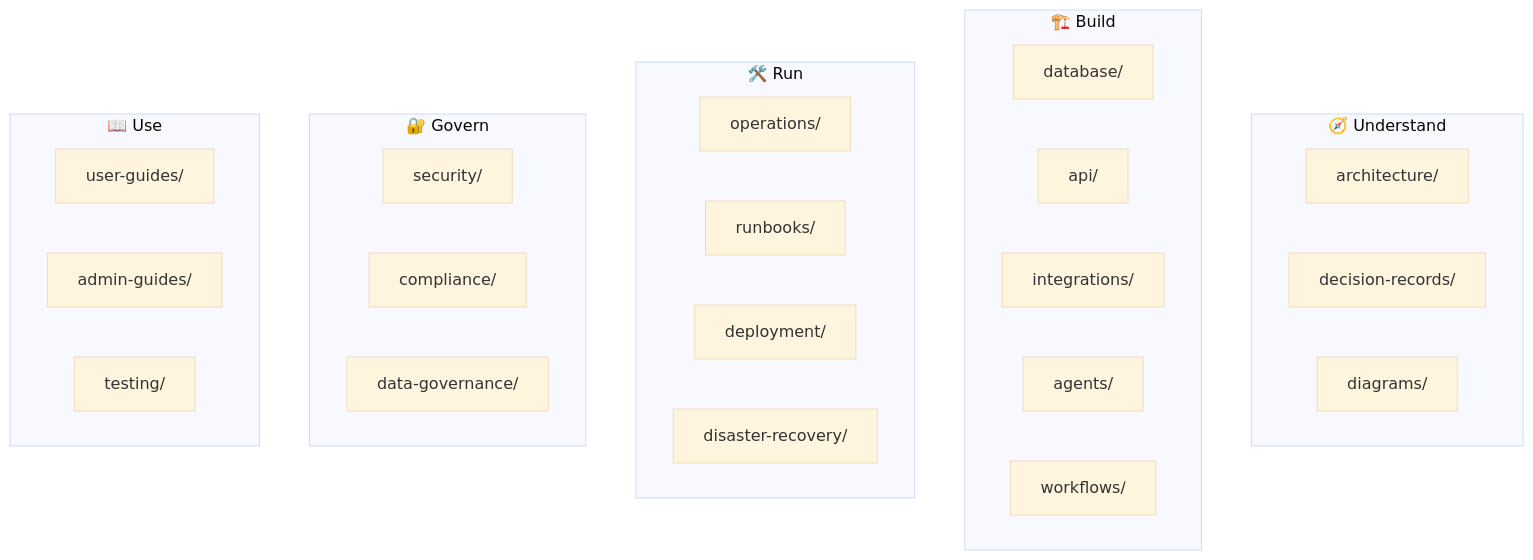
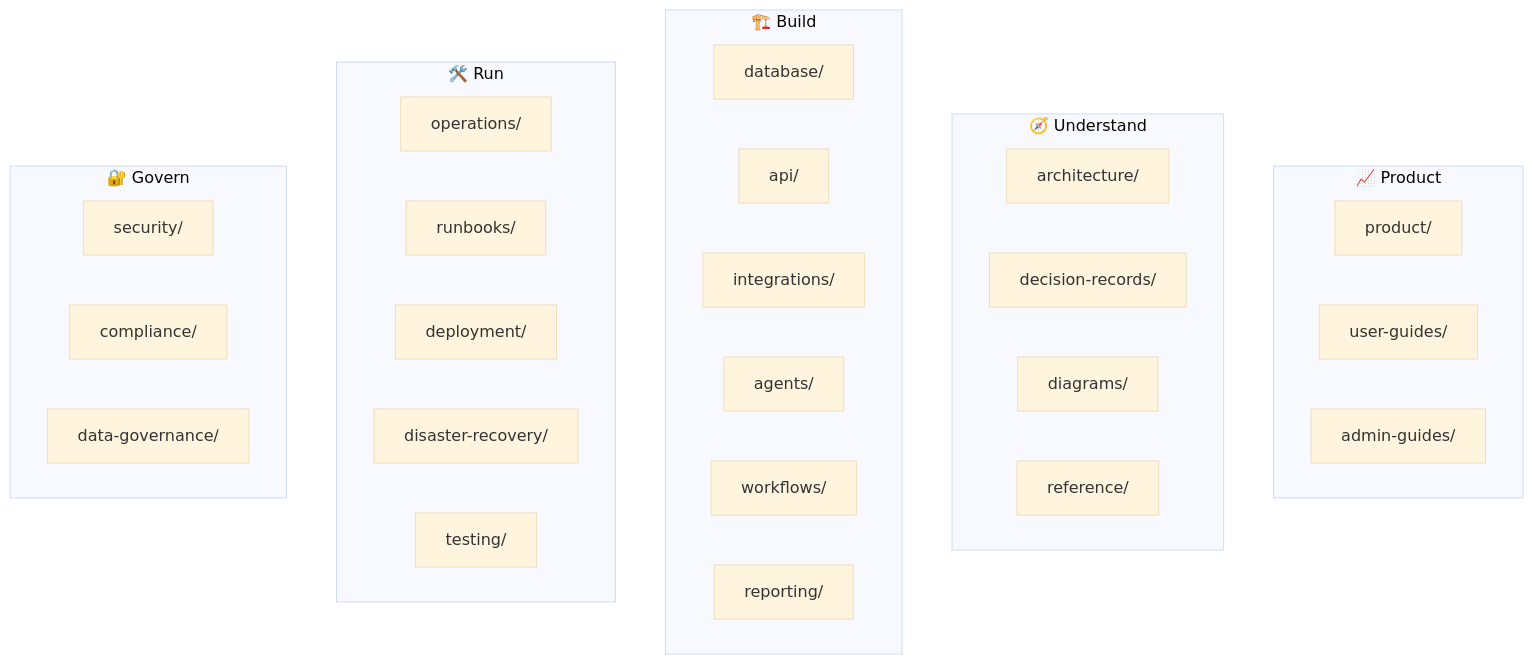
Before and after one commit to markdconnelly/ImperionCRM: the third of 3 diagrams in docs/README.md, drawn with Mermaid (base theme). The commit also changed other lines of this file and 5 other files, not shown here.

````diff
--- a/docs/README.md
+++ b/docs/README.md
@@ -44,31 +69,34 @@
 ```mermaid
 flowchart TB
+    subgraph PRODUCT["📈 Product"]
+      PROD["product/"]
+      UG["user-guides/"]
+      AGd["admin-guides/"]
+    end
     subgraph UNDERSTAND["🧭 Understand"]
       ARCH["architecture/"]
       DEC["decision-records/"]
       DIA["diagrams/"]
+      REF["reference/"]
     end
     subgraph BUILD["🏗️ Build"]
       DB["database/"]
       API["api/"]
       INT["integrations/"]
       AG["agents/"]
       WF["workflows/"]
+      RPT["reporting/"]
     end
     subgraph RUN["🛠️ Run"]
       OPS["operations/"]
       RB["runbooks/"]
       DEP["deployment/"]
       DR["disaster-recovery/"]
+      TEST["testing/"]
     end
     subgraph GOVERN["🔐 Govern"]
       SEC["security/"]
       COMP["compliance/"]
       DG["data-governance/"]
     end
-    subgraph USE["📖 Use"]
-      UG["user-guides/"]
-      AGd["admin-guides/"]
-      TEST["testing/"]
-    end
 ```
````
